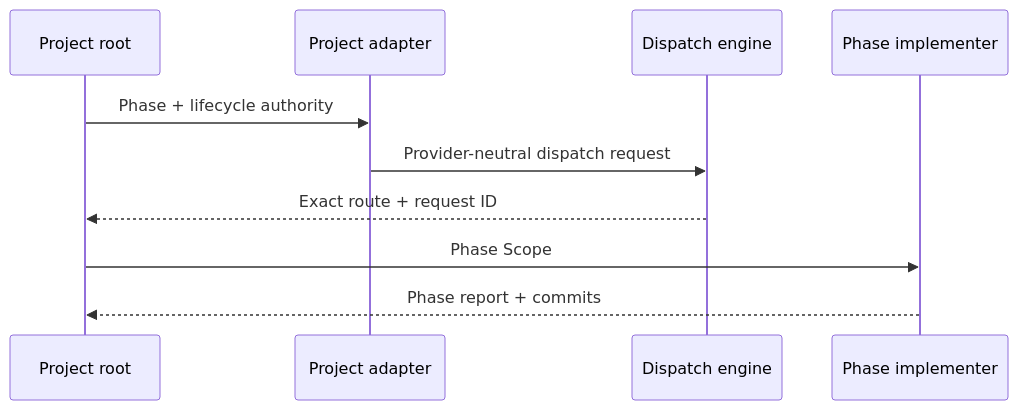
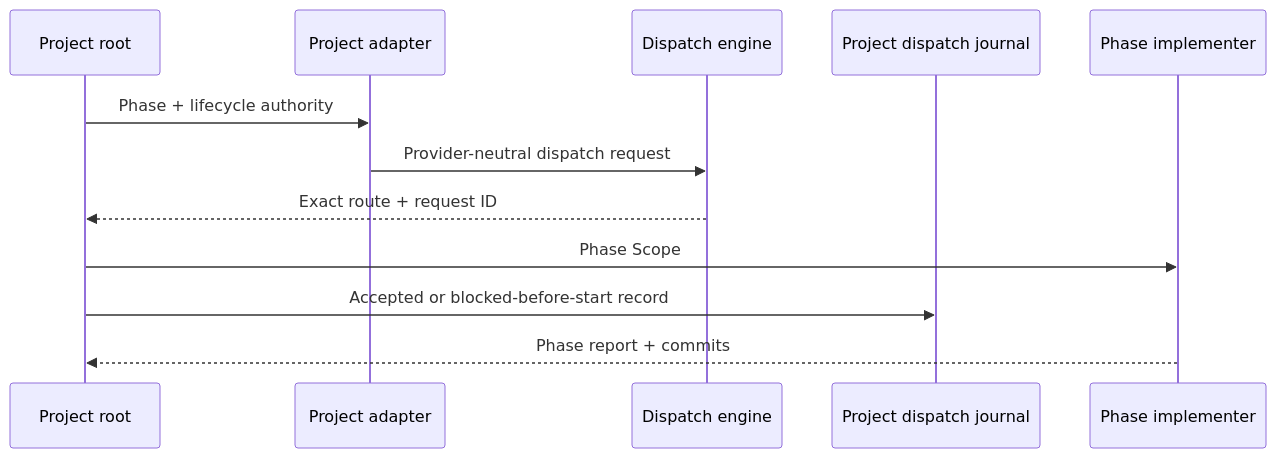
The second of 2 diagrams in apps/oat-docs/docs/workflows/projects/orchestration-model.md (voxmedia/open-agent-toolkit), drawn with Mermaid before and after one commit. The commit also changed other lines of this file and 183 other files, not shown here.

````diff
--- a/apps/oat-docs/docs/workflows/projects/orchestration-model.md
+++ b/apps/oat-docs/docs/workflows/projects/orchestration-model.md
@@ -74,13 +74,15 @@
 ```mermaid
 sequenceDiagram
   participant Root as Project root
   participant Adapter as Project adapter
   participant Engine as Dispatch engine
+  participant Journal as Project dispatch journal
   participant Phase as Phase implementer
 
   Root->>Adapter: Phase + lifecycle authority
   Adapter->>Engine: Provider-neutral dispatch request
   Engine-->>Root: Exact route + request ID
   Root->>Phase: Phase Scope
+  Root->>Journal: Accepted or blocked-before-start record
   Phase-->>Root: Phase report + commits
 ```
````
